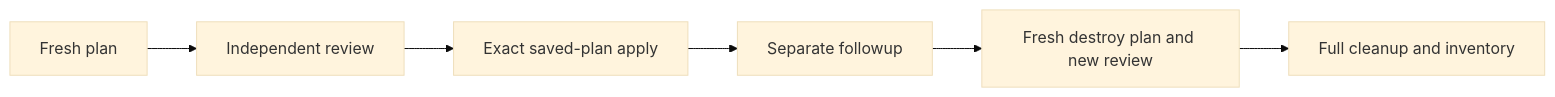
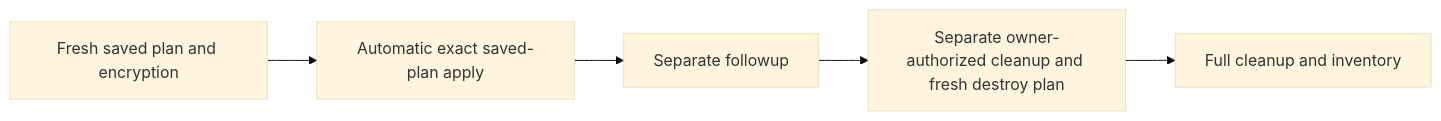
Before and after one commit to alvinea28/ws2-azure-delivery-laboratory-07: the diagram in docs/plan-review.md, drawn with Mermaid (base theme). The commit also changed other lines of this file and 51 other files, not shown here.

````diff
--- a/docs/plan-review.md
+++ b/docs/plan-review.md
@@ -27,8 +31,7 @@
 ```mermaid
 flowchart LR
-    P[Fresh plan] --> R[Independent review]
-    R --> A[Exact saved-plan apply]
+    P[Fresh saved plan and encryption] --> A[Automatic exact saved-plan apply]
     A --> F[Separate followup]
-    F --> D[Fresh destroy plan and new review]
+    F --> D[Separate owner-authorized cleanup and fresh destroy plan]
     D --> C[Full cleanup and inventory]
 ```
````
